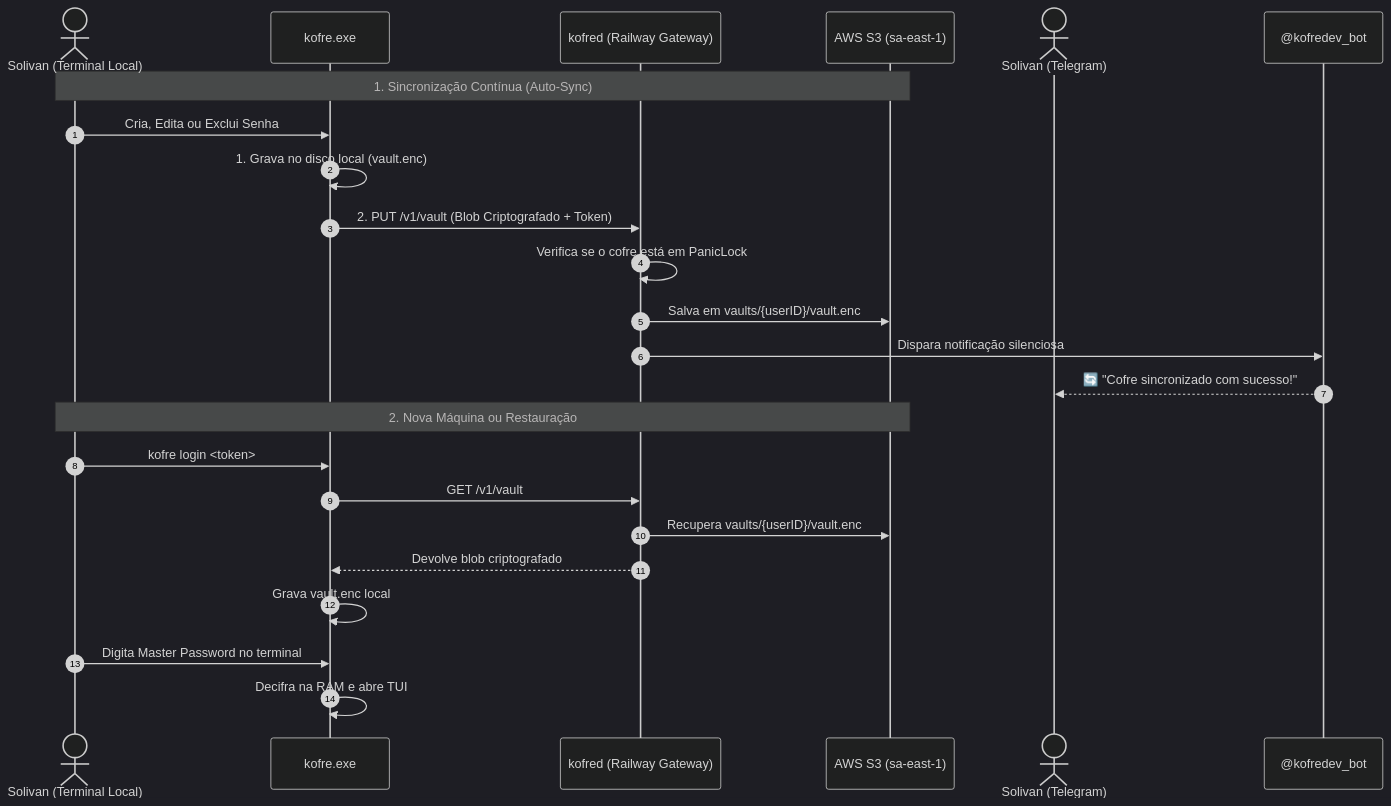
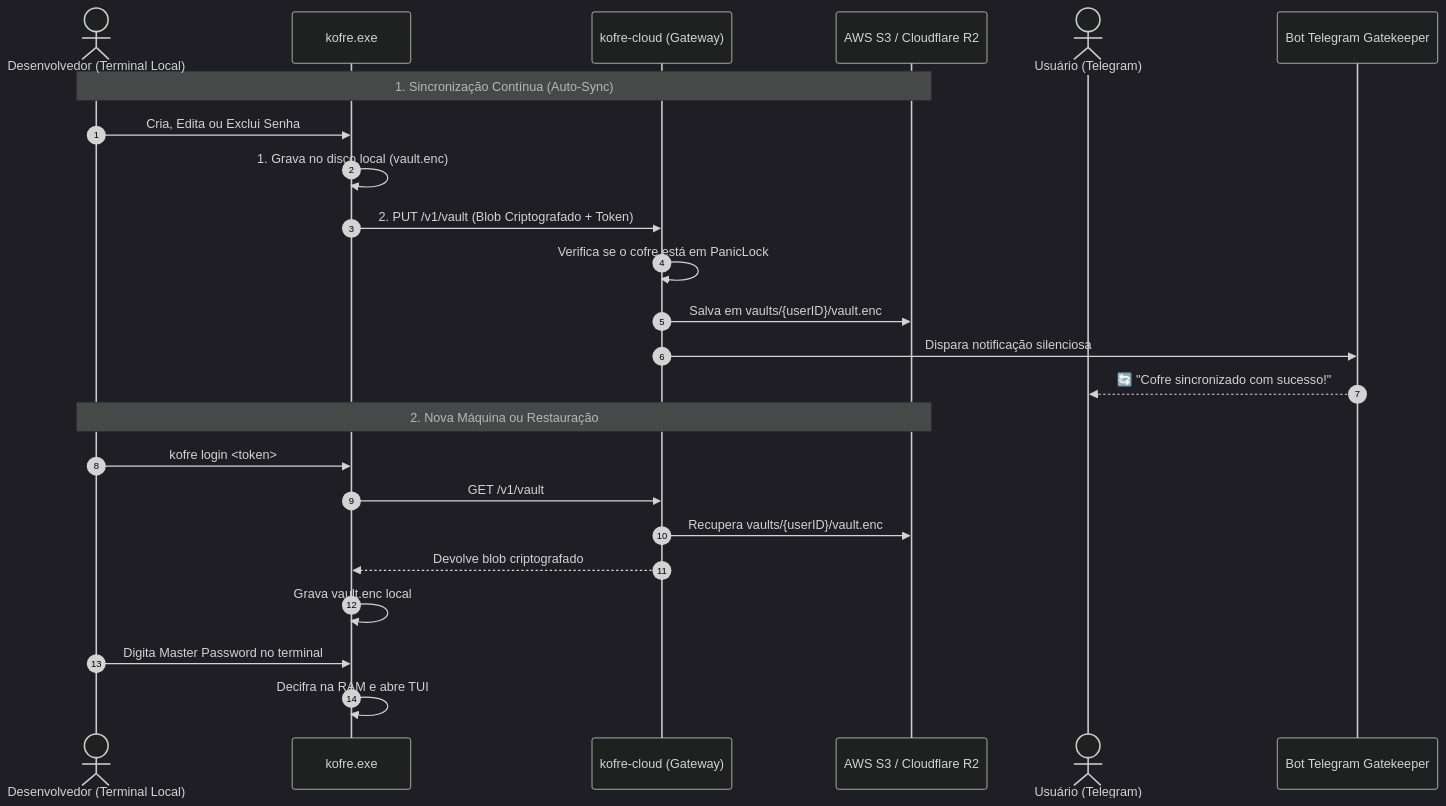
The diagram in docs/ARQUITETURA_SEGURANCA.md (kofre-dev/kofre), drawn with Mermaid (dark theme) before and after one commit. The commit also changed 1 other file, not shown here.

Commit message:
docs: remove remaining personal references and usernames

````diff
--- a/docs/ARQUITETURA_SEGURANCA.md
+++ b/docs/ARQUITETURA_SEGURANCA.md
@@ -64,28 +64,28 @@
 ```mermaid
 sequenceDiagram
     autonumber
-    actor Solivan as Solivan (Terminal Local)
+    actor Dev as Desenvolvedor (Terminal Local)
     participant Client as kofre.exe
-    participant API as kofred (Railway Gateway)
-    participant S3 as AWS S3 (sa-east-1)
-    actor TG as Solivan (Telegram)
-    participant Bot as @kofredev_bot
+    participant API as kofre-cloud (Gateway)
+    participant S3 as AWS S3 / Cloudflare R2
+    actor TG as Usuário (Telegram)
+    participant Bot as Bot Telegram Gatekeeper
 
-    Note over Solivan, S3: 1. Sincronização Contínua (Auto-Sync)
-    Solivan->>Client: Cria, Edita ou Exclui Senha
+    Note over Dev, S3: 1. Sincronização Contínua (Auto-Sync)
+    Dev->>Client: Cria, Edita ou Exclui Senha
     Client->>Client: 1. Grava no disco local (vault.enc)
     Client->>API: 2. PUT /v1/vault (Blob Criptografado + Token)
     API->>API: Verifica se o cofre está em PanicLock
     API->>S3: Salva em vaults/{userID}/vault.enc
     API->>Bot: Dispara notificação silenciosa
     Bot-->>TG: 🔄 "Cofre sincronizado com sucesso!"
 
-    Note over Solivan, S3: 2. Nova Máquina ou Restauração
-    Solivan->>Client: kofre login <token>
+    Note over Dev, S3: 2. Nova Máquina ou Restauração
+    Dev->>Client: kofre login <token>
     Client->>API: GET /v1/vault
     API->>S3: Recupera vaults/{userID}/vault.enc
     API-->>Client: Devolve blob criptografado
     Client->>Client: Grava vault.enc local
-    Solivan->>Client: Digita Master Password no terminal
+    Dev->>Client: Digita Master Password no terminal
     Client->>Client: Decifra na RAM e abre TUI
 ```
````
